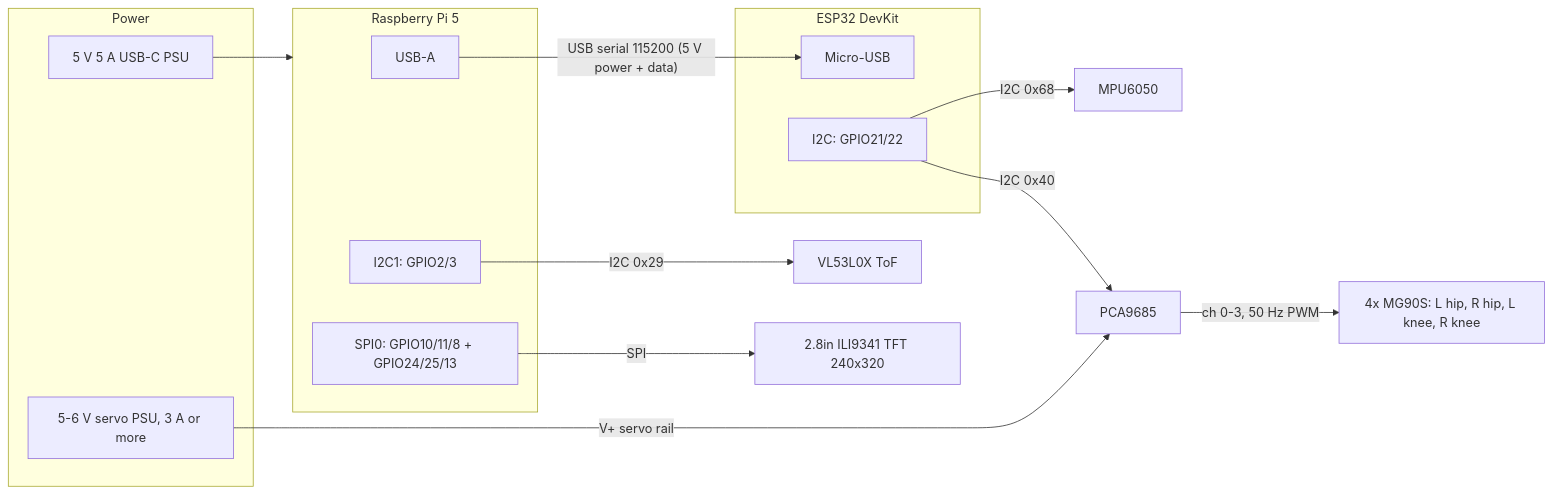
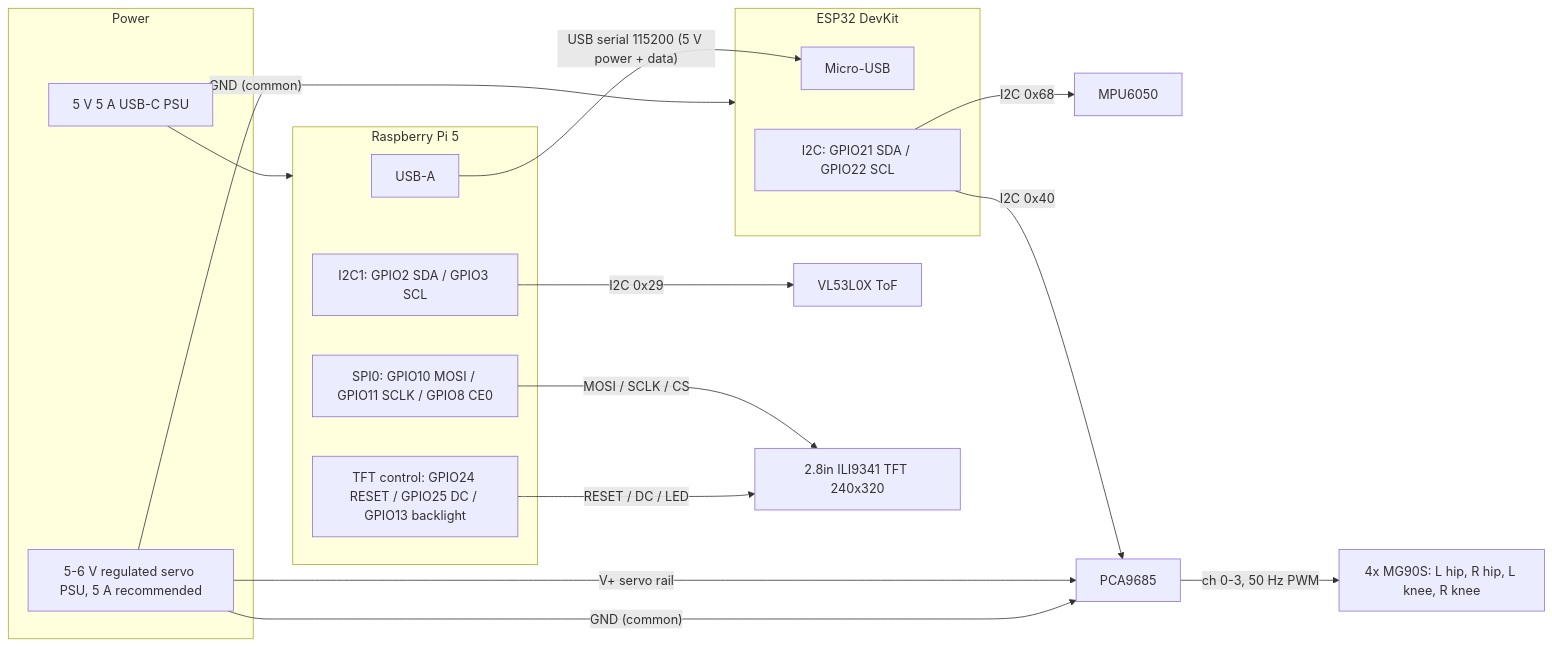
Before and after one commit to coderForLife-A1/EMO-Bot: the diagram in README.md, drawn with Mermaid. The commit also changed other lines of this file, not shown here.

Commit message:
README: servo PSU 5 A recommended; diagram splits SPI0 from TFT control GPIOs, shows common ground

````diff
--- a/README.md
+++ b/README.md
@@ -188,24 +188,28 @@
 ```mermaid
 flowchart LR
     subgraph PWR[Power]
         USBC[5 V 5 A USB-C PSU]
-        SPSU[5-6 V servo PSU, 3 A or more]
+        SPSU[5-6 V regulated servo PSU, 5 A recommended]
     end
     subgraph PI[Raspberry Pi 5]
         PI_USB[USB-A]
-        PI_I2C[I2C1: GPIO2/3]
-        PI_SPI[SPI0: GPIO10/11/8 + GPIO24/25/13]
+        PI_I2C[I2C1: GPIO2 SDA / GPIO3 SCL]
+        PI_SPI[SPI0: GPIO10 MOSI / GPIO11 SCLK / GPIO8 CE0]
+        PI_TFT[TFT control: GPIO24 RESET / GPIO25 DC / GPIO13 backlight]
     end
     subgraph ESP[ESP32 DevKit]
         ESP_USB[Micro-USB]
-        ESP_I2C[I2C: GPIO21/22]
+        ESP_I2C[I2C: GPIO21 SDA / GPIO22 SCL]
     end
     USBC --> PI
     PI_USB -- "USB serial 115200 (5 V power + data)" --> ESP_USB
     PI_I2C -- "I2C 0x29" --> TOF[VL53L0X ToF]
-    PI_SPI -- SPI --> TFT[2.8in ILI9341 TFT 240x320]
+    PI_SPI -- "MOSI / SCLK / CS" --> TFT[2.8in ILI9341 TFT 240x320]
+    PI_TFT -- "RESET / DC / LED" --> TFT
     ESP_I2C -- "I2C 0x68" --> IMU[MPU6050]
     ESP_I2C -- "I2C 0x40" --> PCA[PCA9685]
     PCA -- "ch 0-3, 50 Hz PWM" --> SERVOS[4x MG90S: L hip, R hip, L knee, R knee]
     SPSU -- "V+ servo rail" --> PCA
+    SPSU -- "GND (common)" --> PCA
+    SPSU -- "GND (common)" --> ESP
 ```
````
